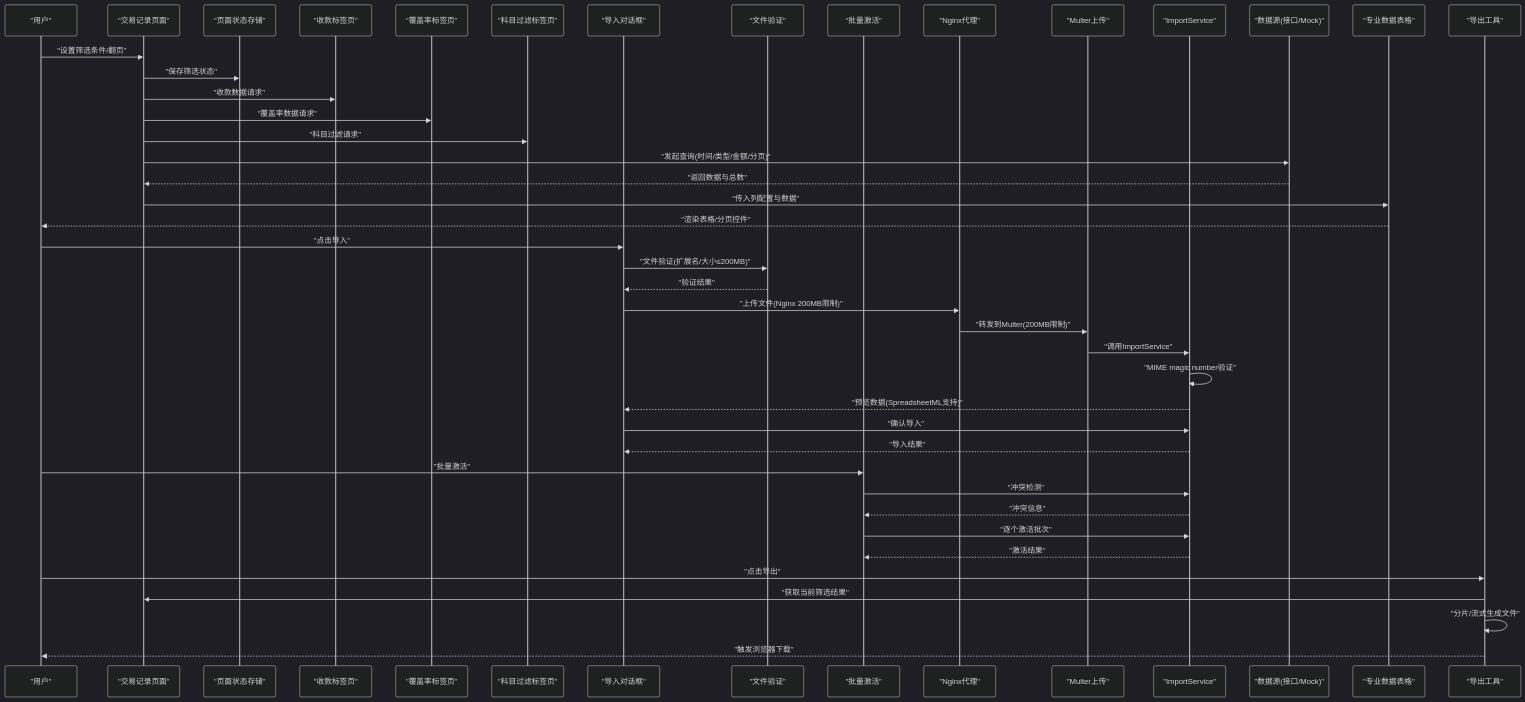
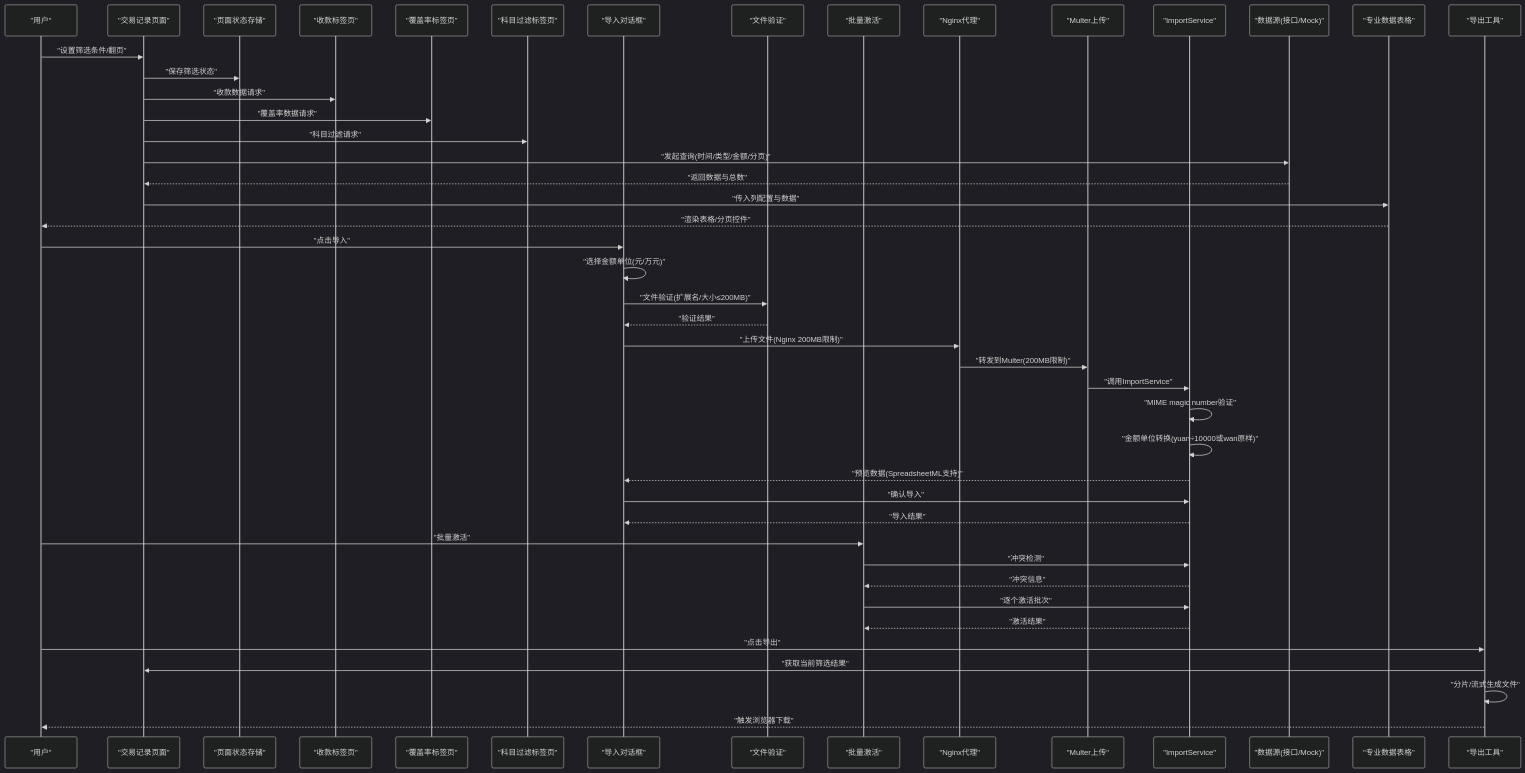
One commit to Damao997/newproject changed the second of 3 diagrams in .qoder/repowiki/zh/content/页面组件/交易记录页面/交易记录页面.md. Above: the diagram before and after it, drawn with Mermaid (dark theme). The commit also changed other lines of this file and 5 other files, not shown here.

````diff
--- a/.qoder/repowiki/zh/content/页面组件/交易记录页面/交易记录页面.md
+++ b/.qoder/repowiki/zh/content/页面组件/交易记录页面/交易记录页面.md
@@ -216,46 +218,48 @@
 ```mermaid
 sequenceDiagram
 participant U as "用户"
 participant P as "交易记录页面"
 participant PSS as "页面状态存储"
 participant CT as "收款标签页"
 participant CVT as "覆盖率标签页"
 participant AFT as "科目过滤标签页"
 participant ID as "导入对话框"
 participant FV as "文件验证"
 participant BA as "批量激活"
 participant NG as "Nginx代理"
 participant M as "Multer上传"
 participant S as "ImportService"
 participant D as "数据源(接口/Mock)"
 participant T as "专业数据表格"
 participant X as "导出工具"
 U->>P : "设置筛选条件/翻页"
 P->>PSS : "保存筛选状态"
 P->>CT : "收款数据请求"
 P->>CVT : "覆盖率数据请求"
 P->>AFT : "科目过滤请求"
 P->>D : "发起查询(时间/类型/金额/分页)"
 D-->>P : "返回数据与总数"
 P->>T : "传入列配置与数据"
 T-->>U : "渲染表格/分页控件"
 U->>ID : "点击导入"
+ID->>ID : "选择金额单位(元/万元)"
 ID->>FV : "文件验证(扩展名/大小≤200MB)"
 FV-->>ID : "验证结果"
 ID->>NG : "上传文件(Nginx 200MB限制)"
 NG->>M : "转发到Multer(200MB限制)"
 M->>S : "调用ImportService"
 S->>S : "MIME magic number验证"
+S->>S : "金额单位转换(yuan÷10000或wan原样)"
 S-->>ID : "预览数据(SpreadsheetML支持)"
 ID->>S : "确认导入"
 S-->>ID : "导入结果"
 U->>BA : "批量激活"
 BA->>S : "冲突检测"
 S-->>BA : "冲突信息"
 BA->>S : "逐个激活批次"
 S-->>BA : "激活结果"
 U->>X : "点击导出"
 X->>P : "获取当前筛选结果"
 X->>X : "分片/流式生成文件"
 X-->>U : "触发浏览器下载"
 ```
````
